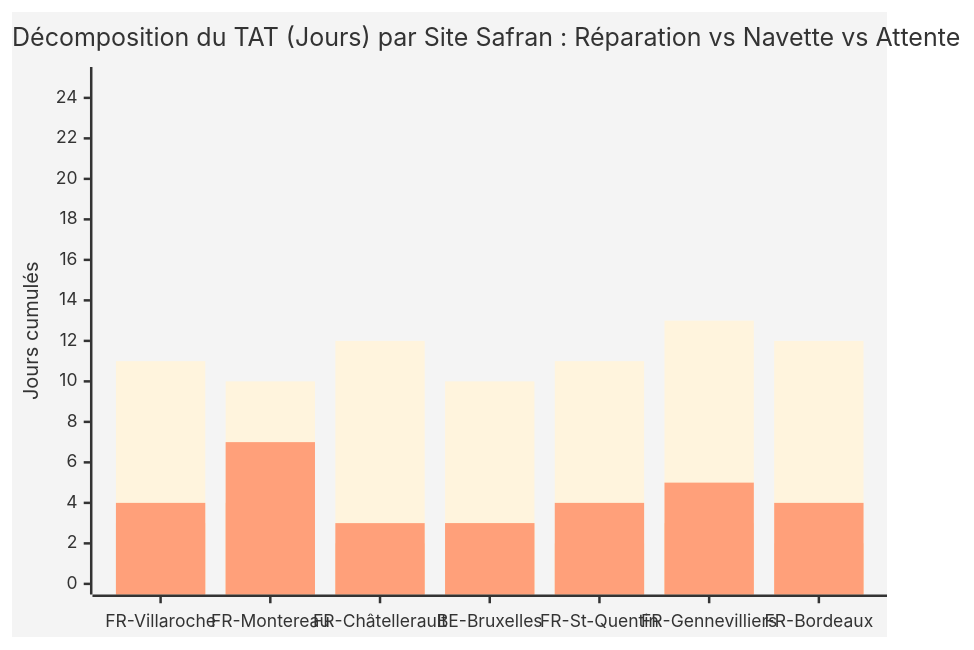
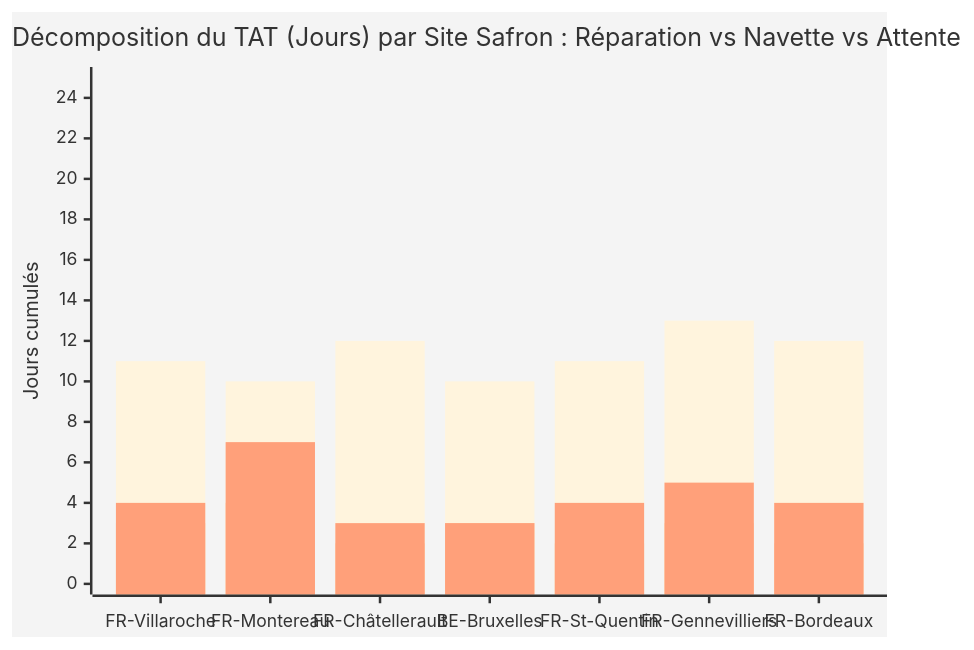
The sixth of 12 diagrams in content.md (quangfr/bimaestro), drawn with Mermaid before and after one commit. The commit also changed other lines of this file and 9 other files, not shown here.

````diff
--- a/content.md
+++ b/content.md
@@ -519,10 +526,10 @@
 ```mermaid
 %%{init: {'theme': 'base', 'themeVariables': { 'primaryColor': '#3b82f6'}}}%%
 xychart-beta
-    title "Décomposition du TAT (Jours) par Site Safran : Réparation vs Navette vs Attente"
+    title "Décomposition du TAT (Jours) par Site Safron : Réparation vs Navette vs Attente"
     x-axis ["FR-Villaroche", "FR-Montereau", "FR-Châtellerault", "BE-Bruxelles", "FR-St-Quentin", "FR-Gennevilliers", "FR-Bordeaux"]
     y-axis "Jours cumulés" 0 --> 25
     bar [11, 10, 12, 10, 11, 13, 12]
     bar [3, 4, 2, 3, 2, 3, 2]
     bar [4, 7, 3, 3, 4, 5, 4]
 ```
````
